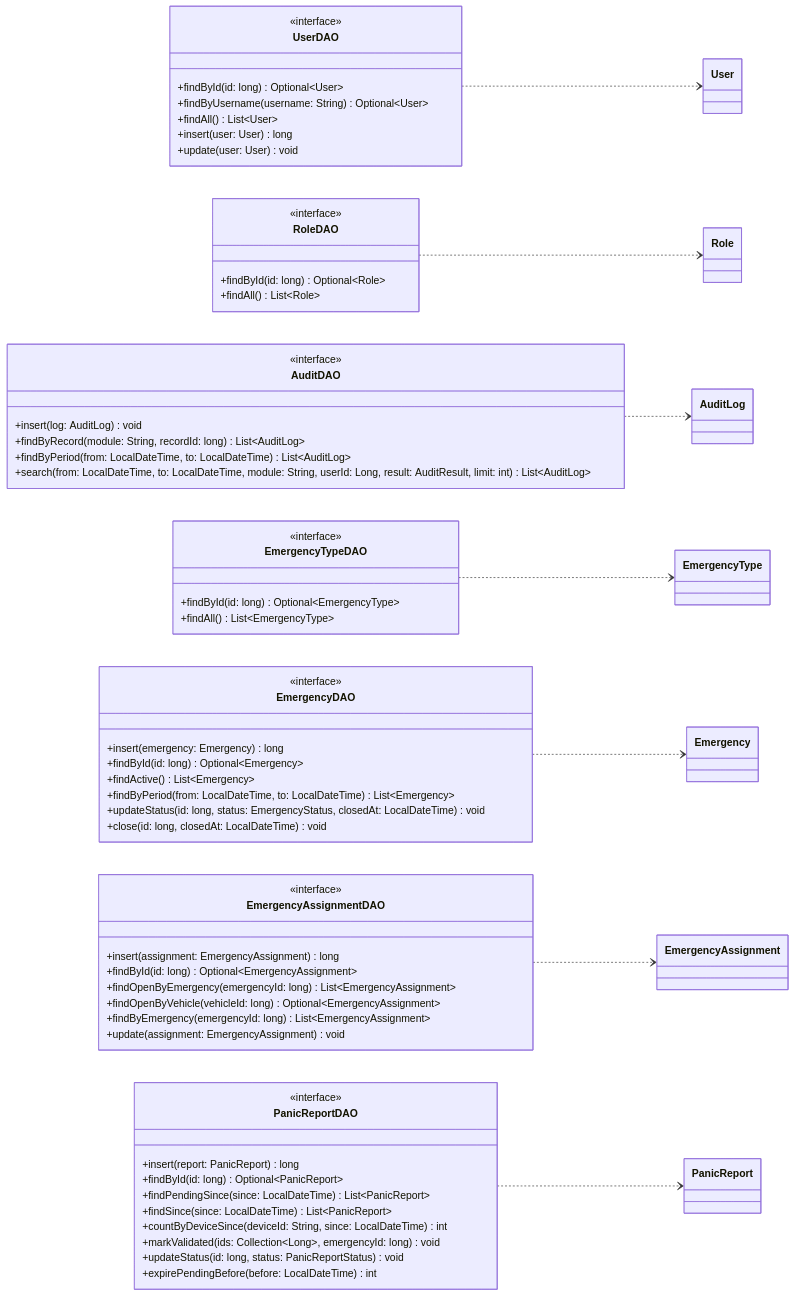
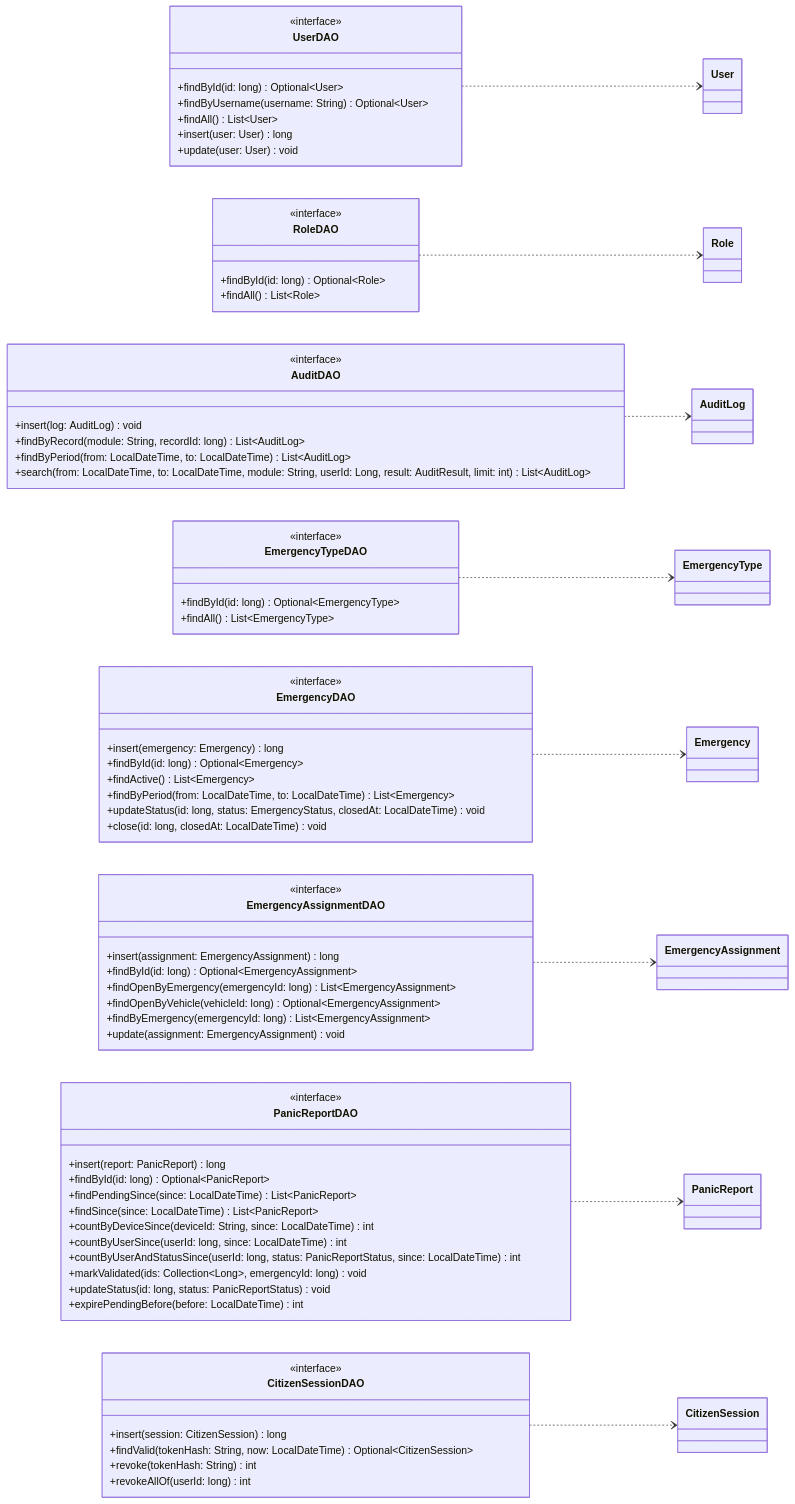
One commit to afzabaleta/RutaVida changed the tenth of 26 diagrams in docs/class-diagram.md. Above: the diagram before and after it, drawn with Mermaid. The commit also changed other lines of this file and 42 other files, not shown here.

First line of the commit message:
feature: add-citizen-panic-accounts

````diff
--- a/docs/class-diagram.md
+++ b/docs/class-diagram.md
@@ -682,9 +691,18 @@
         +findPendingSince(since: LocalDateTime) List~PanicReport~
         +findSince(since: LocalDateTime) List~PanicReport~
         +countByDeviceSince(deviceId: String, since: LocalDateTime) int
+        +countByUserSince(userId: long, since: LocalDateTime) int
+        +countByUserAndStatusSince(userId: long, status: PanicReportStatus, since: LocalDateTime) int
         +markValidated(ids: Collection~Long~, emergencyId: long) void
         +updateStatus(id: long, status: PanicReportStatus) void
         +expirePendingBefore(before: LocalDateTime) int
+    }
+    class CitizenSessionDAO {
+        <<interface>>
+        +insert(session: CitizenSession) long
+        +findValid(tokenHash: String, now: LocalDateTime) Optional~CitizenSession~
+        +revoke(tokenHash: String) int
+        +revokeAllOf(userId: long) int
     }
     class User
     class Role
@@ -693,6 +711,7 @@
     class Emergency
     class EmergencyAssignment
     class PanicReport
+    class CitizenSession
 
     UserDAO ..> User
     RoleDAO ..> Role
@@ -701,4 +720,5 @@
     EmergencyDAO ..> Emergency
     EmergencyAssignmentDAO ..> EmergencyAssignment
     PanicReportDAO ..> PanicReport
+    CitizenSessionDAO ..> CitizenSession
 ```
````
